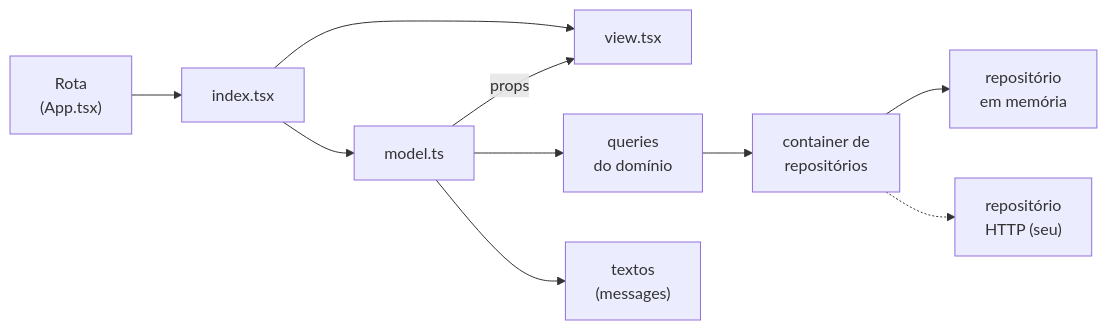
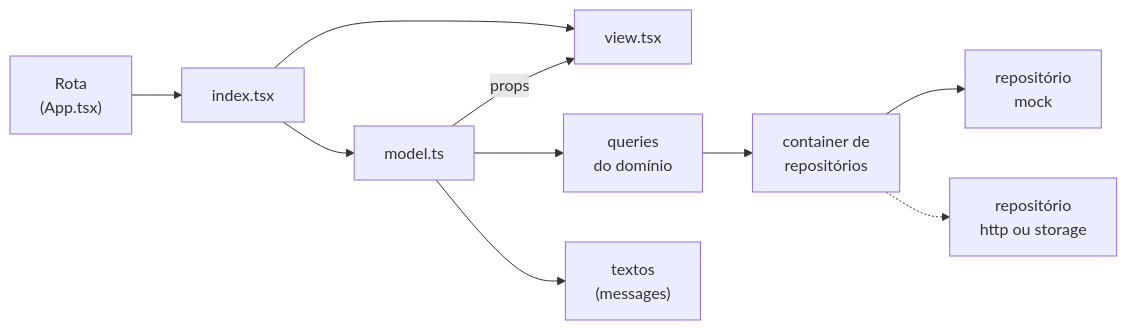
Before and after one commit to matizze/prumo: the diagram in README.md, drawn with Mermaid. The commit also changed other lines of this file and 26 other files, not shown here.

````diff
--- a/README.md
+++ b/README.md
@@ -75,12 +77,12 @@
 ```mermaid
 flowchart LR
   route["Rota<br/>(App.tsx)"] --> index["index.tsx"]
   index --> model["model.ts"]
   index --> view["view.tsx"]
   model -- props --> view
   model --> queries["queries<br/>do domínio"]
   model --> messages["textos<br/>(messages)"]
   queries --> container["container de<br/>repositórios"]
-  container --> mock["repositório<br/>em memória"]
-  container -.-> http["repositório<br/>HTTP (seu)"]
+  container --> mock["repositório<br/>mock"]
+  container -.-> http["repositório<br/>http ou storage"]
 ```
````
